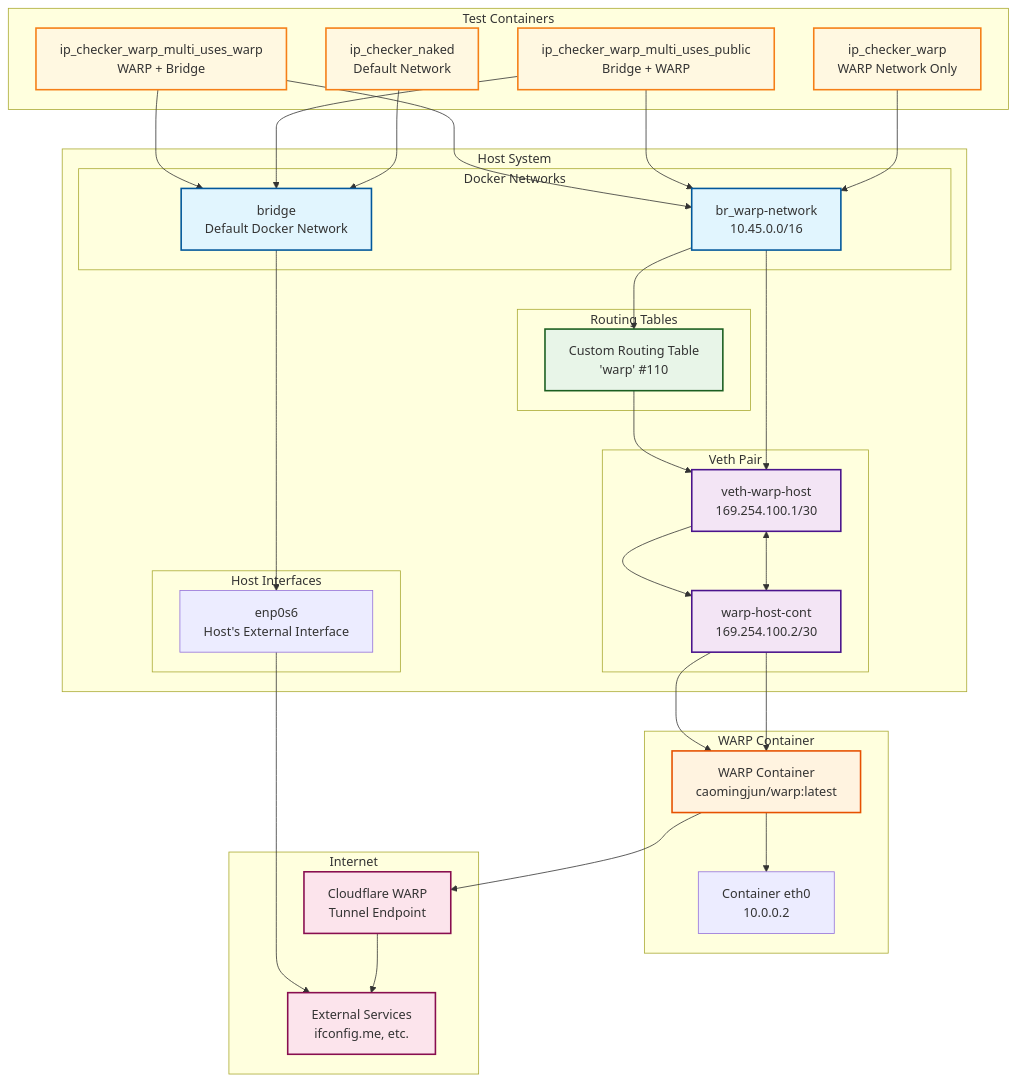
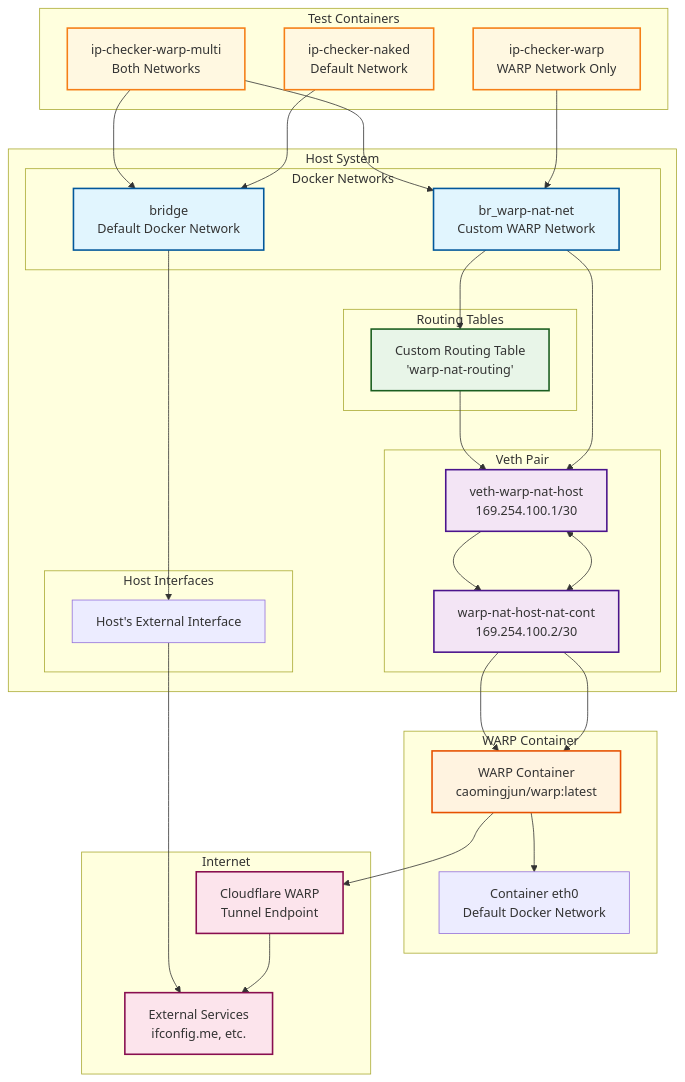
The diagram in README.md (bolabaden/warp-nat-routing), drawn with Mermaid before and after one commit. The commit also changed other lines of this file and 12 other files, not shown here.

First line of the commit message:
Refactor Docker setup for WARP NAT gateway

````diff
--- a/README.md
+++ b/README.md
@@ -305,80 +364,77 @@
 ```mermaid
 graph TB
     subgraph "Host System"
         subgraph "Docker Networks"
-            BN["br_warp-network<br/>10.45.0.0/16"]
+            BN["br_warp-nat-net<br/>Custom WARP Network"]
             BC["bridge<br/>Default Docker Network"]
         end
         
         subgraph "Veth Pair"
-            VH["veth-warp-host<br/>169.254.100.1/30"]
-            VC["warp-host-cont<br/>169.254.100.2/30"]
+            VH["veth-warp-nat-host<br/>169.254.100.1/30"]
+            VC["warp-nat-host-nat-cont<br/>169.254.100.2/30"]
         end
         
         subgraph "Routing Tables"
-            RT["Custom Routing Table<br/>'warp' #110"]
+            RT["Custom Routing Table<br/>'warp-nat-routing'"]
         end
         
         subgraph "Host Interfaces"
-            EI["enp0s6<br/>Host's External Interface"]
+            EI["Host's External Interface"]
         end
     end
     
     subgraph "WARP Container"
         WC["WARP Container<br/>caomingjun/warp:latest"]
-        WN["Container eth0<br/>10.0.0.2"]
+        WN["Container eth0<br/>Default Docker Network"]
     end
     
     subgraph "Test Containers"
-        TC1["ip_checker_naked<br/>Default Network"]
-        TC2["ip_checker_warp<br/>WARP Network Only"]
-        TC3["ip_checker_warp_multi_uses_public<br/>Bridge + WARP"]
-        TC4["ip_checker_warp_multi_uses_warp<br/>WARP + Bridge"]
+        TC1["ip-checker-naked<br/>Default Network"]
+        TC2["ip-checker-warp<br/>WARP Network Only"]
+        TC3["ip-checker-warp-multi<br/>Both Networks"]
     end
     
     subgraph "Internet"
         CF["Cloudflare WARP<br/>Tunnel Endpoint"]
         EX["External Services<br/>ifconfig.me, etc."]
     end
     
     %% Docker network connections
     BN --> VH
     VH <--> VC
     VC --> WC
     WC --> WN
     
     %% Test container connections
     TC1 --> BC
     TC2 --> BN
+    TC3 --> BN
     TC3 --> BC
-    TC3 --> BN
-    TC4 --> BN
-    TC4 --> BC
     
     %% Routing paths
     BN --> RT
     RT --> VH
     VH --> VC
     VC --> WC
     WC --> CF
     CF --> EX
     
     %% Alternative paths
     BC --> EI
     EI --> EX
     
     %% Styling
     classDef docker fill:#e1f5fe,stroke:#01579b,stroke-width:2px
     classDef warp fill:#fff3e0,stroke:#e65100,stroke-width:2px
     classDef veth fill:#f3e5f5,stroke:#4a148c,stroke-width:2px
     classDef routing fill:#e8f5e8,stroke:#1b5e20,stroke-width:2px
     classDef test fill:#fff8e1,stroke:#f57f17,stroke-width:2px
     classDef internet fill:#fce4ec,stroke:#880e4f,stroke-width:2px
     
     class BN,BC docker
     class WC,CF warp
     class VH,VC veth
     class RT routing
-    class TC1,TC2,TC3,TC4 test
+    class TC1,TC2,TC3 test
     class EX,CF internet
 ```
````
